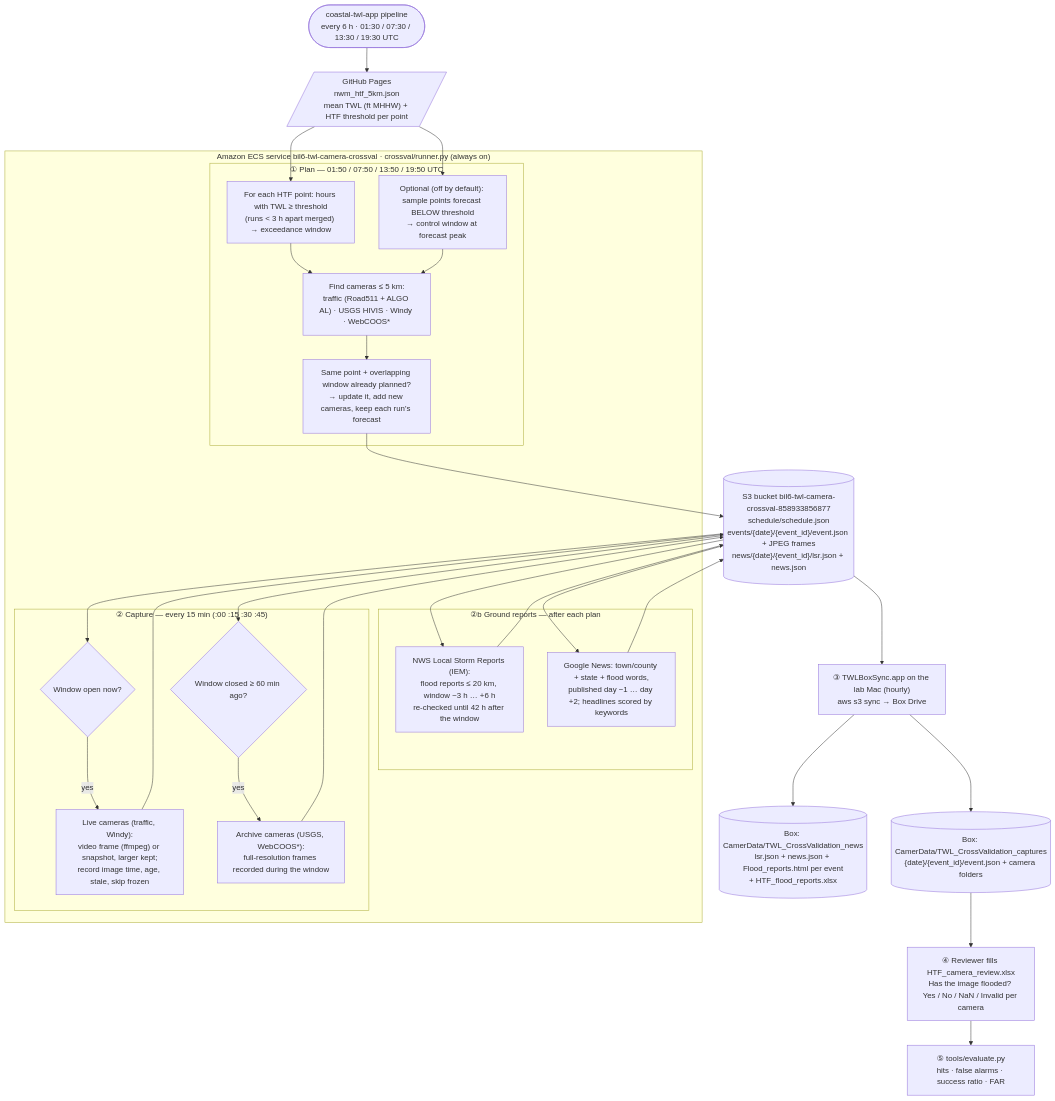
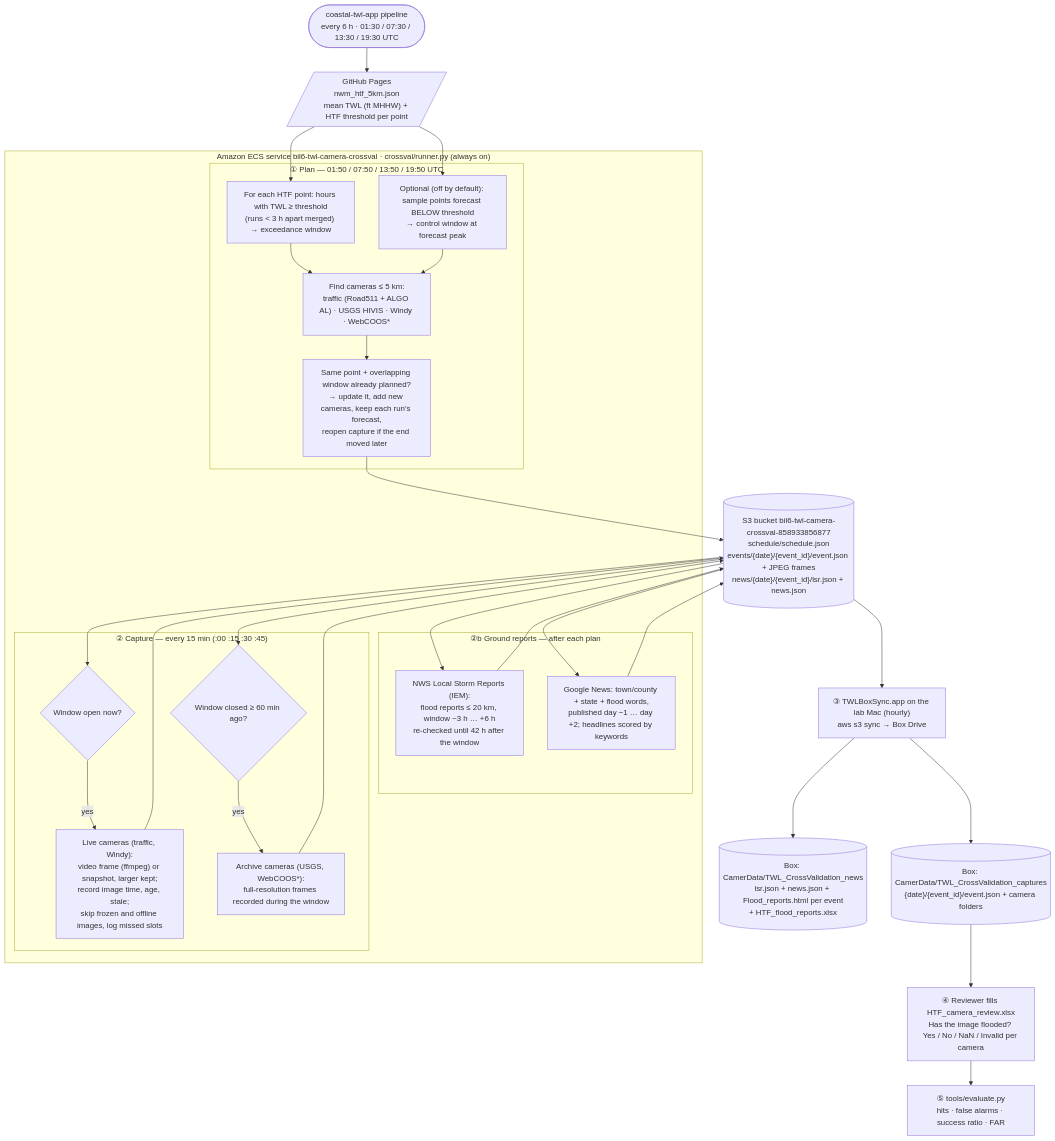
One commit to Ehsankahrizi/TWL_Camera_CrossValidation changed the diagram in README.md. Above: the diagram before and after it, drawn with Mermaid. The commit also changed other lines of this file and 4 other files, not shown here.

First line of the commit message:
Reopen capture when a forecast extends a window; record offline cameras

````diff
--- a/README.md
+++ b/README.md
@@ -16,45 +16,45 @@
 ```mermaid
 flowchart TD
     TWL(["coastal-twl-app pipeline<br/>every 6 h · 01:30 / 07:30 / 13:30 / 19:30 UTC"])
     TWL --> PAGES[/"GitHub Pages<br/>nwm_htf_5km.json<br/>mean TWL (ft MHHW) + HTF threshold per point"/]
 
     subgraph ECS["Amazon ECS service bil6-twl-camera-crossval · crossval/runner.py (always on)"]
         subgraph PLAN["① Plan — 01:50 / 07:50 / 13:50 / 19:50 UTC"]
             P1["For each HTF point: hours with TWL ≥ threshold<br/>(runs < 3 h apart merged) → exceedance window"]
             P2["Optional (off by default): sample points forecast BELOW threshold<br/>→ control window at forecast peak"]
             P3["Find cameras ≤ 5 km:<br/>traffic (Road511 + ALGO AL) · USGS HIVIS · Windy · WebCOOS*"]
-            P4["Same point + overlapping window already planned?<br/>→ update it, add new cameras, keep each run's forecast"]
+            P4["Same point + overlapping window already planned?<br/>→ update it, add new cameras, keep each run's forecast,<br/>reopen capture if the end moved later"]
             P1 --> P3
             P2 --> P3 --> P4
         end
         subgraph REP["②b Ground reports — after each plan"]
             R1["NWS Local Storm Reports (IEM):<br/>flood reports ≤ 20 km, window −3 h … +6 h<br/>re-checked until 42 h after the window"]
             R2["Google News: town/county + state + flood words,<br/>published day −1 … day +2; headlines scored by keywords"]
         end
         subgraph CAP["② Capture — every 15 min (:00 :15 :30 :45)"]
             C1{"Window open now?"}
-            C2["Live cameras (traffic, Windy):<br/>video frame (ffmpeg) or snapshot, larger kept;<br/>record image time, age, stale, skip frozen"]
+            C2["Live cameras (traffic, Windy):<br/>video frame (ffmpeg) or snapshot, larger kept;<br/>record image time, age, stale;<br/>skip frozen and offline images, log missed slots"]
             C3{"Window closed ≥ 60 min ago?"}
             C4["Archive cameras (USGS, WebCOOS*):<br/>full-resolution frames recorded during the window"]
             C1 -- yes --> C2
             C3 -- yes --> C4
         end
     end
     PAGES --> P1
     PAGES --> P2
     P4 --> S3[("S3 bucket bil6-twl-camera-crossval-858933856877<br/>schedule/schedule.json<br/>events/{date}/{event_id}/event.json + JPEG frames<br/>news/{date}/{event_id}/lsr.json + news.json")]
     S3 --> R1
     R1 --> S3
     S3 --> R2
     R2 --> S3
     S3 --> C1
     S3 --> C3
     C2 --> S3
     C4 --> S3
 
     S3 --> SYNC["③ TWLBoxSync.app on the lab Mac (hourly)<br/>aws s3 sync → Box Drive"]
     SYNC --> BOX[("Box: CamerData/TWL_CrossValidation_captures<br/>{date}/{event_id}/event.json + camera folders")]
     SYNC --> NEWS[("Box: CamerData/TWL_CrossValidation_news<br/>lsr.json + news.json + Flood_reports.html per event<br/>+ HTF_flood_reports.xlsx")]
     BOX --> LAB["④ Reviewer fills HTF_camera_review.xlsx<br/>Has the image flooded? Yes / No / NaN / Invalid per camera"]
     LAB --> EVAL["⑤ tools/evaluate.py<br/>hits · false alarms · success ratio · FAR"]
 ```
````
